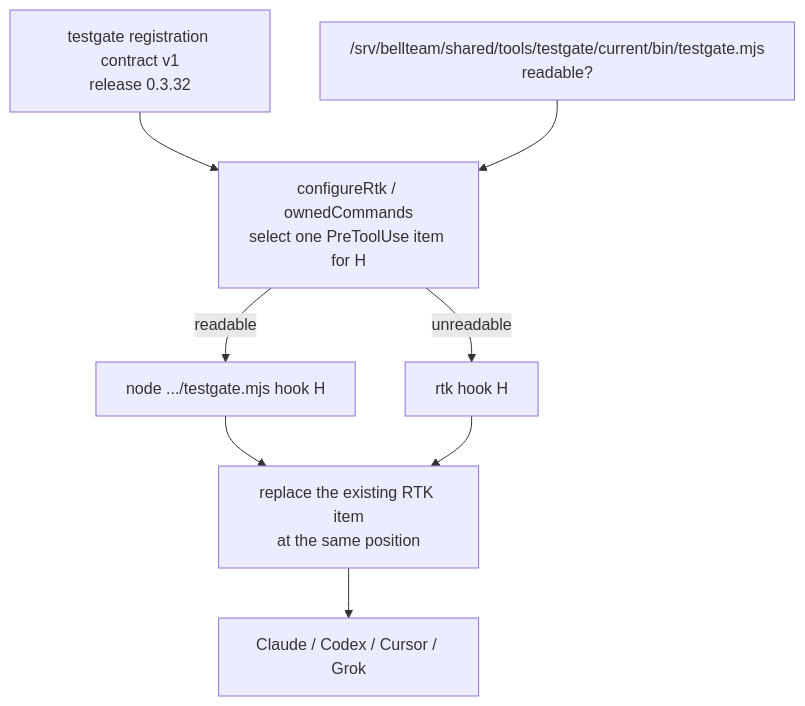
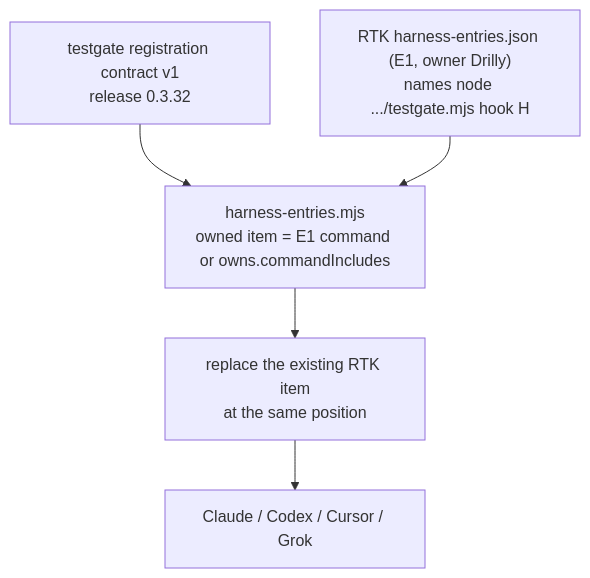
One commit to kitepon/BellTeam changed the fourth of 5 diagrams in docs/architecture/modules/runtime/cli-registration.md. Above: the diagram before and after it, drawn with Mermaid. The commit also changed other lines of this file and 13 other files, not shown here.

First line of the commit message:
bd14 second switch: RTK PreToolUse hooks from its E1

````diff
--- a/docs/architecture/modules/runtime/cli-registration.md
+++ b/docs/architecture/modules/runtime/cli-registration.md
@@ -91,10 +92,7 @@
 ```mermaid
 flowchart TD
   Contract["testgate registration contract v1<br/>release 0.3.32"] --> Select
-  Path["/srv/bellteam/shared/tools/testgate/current/bin/testgate.mjs<br/>readable?"] --> Select["configureRtk / ownedCommands<br/>select one PreToolUse item for H"]
-  Select -->|readable| Gate["node .../testgate.mjs hook H"]
-  Select -->|unreadable| Fallback["rtk hook H"]
-  Gate --> Same["replace the existing RTK item<br/>at the same position"]
-  Fallback --> Same
+  Path["RTK harness-entries.json (E1, owner Drilly)<br/>names node .../testgate.mjs hook H"] --> Select["harness-entries.mjs<br/>owned item = E1 command or owns.commandIncludes"]
+  Select --> Same["replace the existing RTK item<br/>at the same position"]
   Same --> Harnesses["Claude / Codex / Cursor / Grok"]
 ```
````
